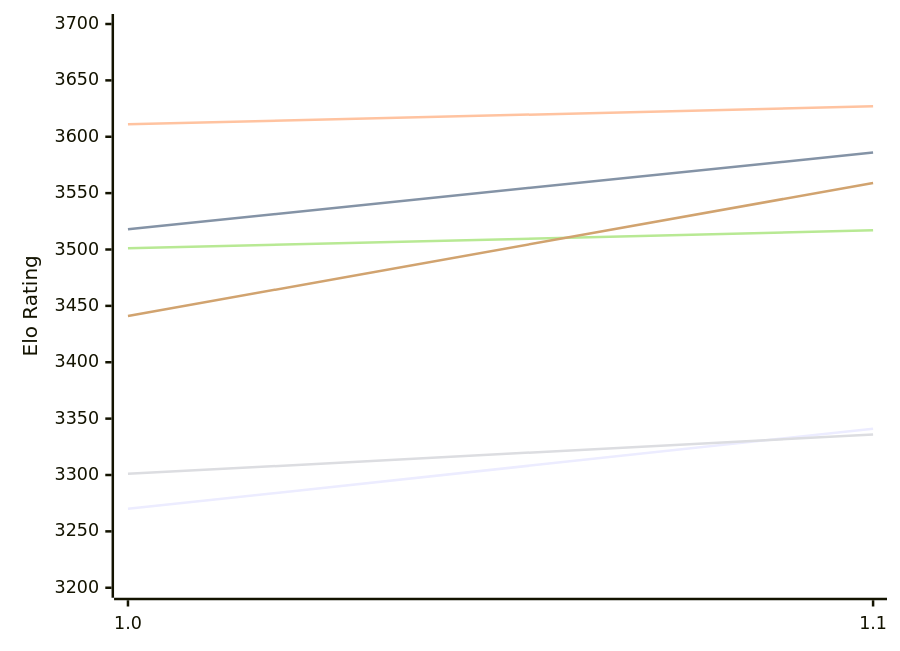
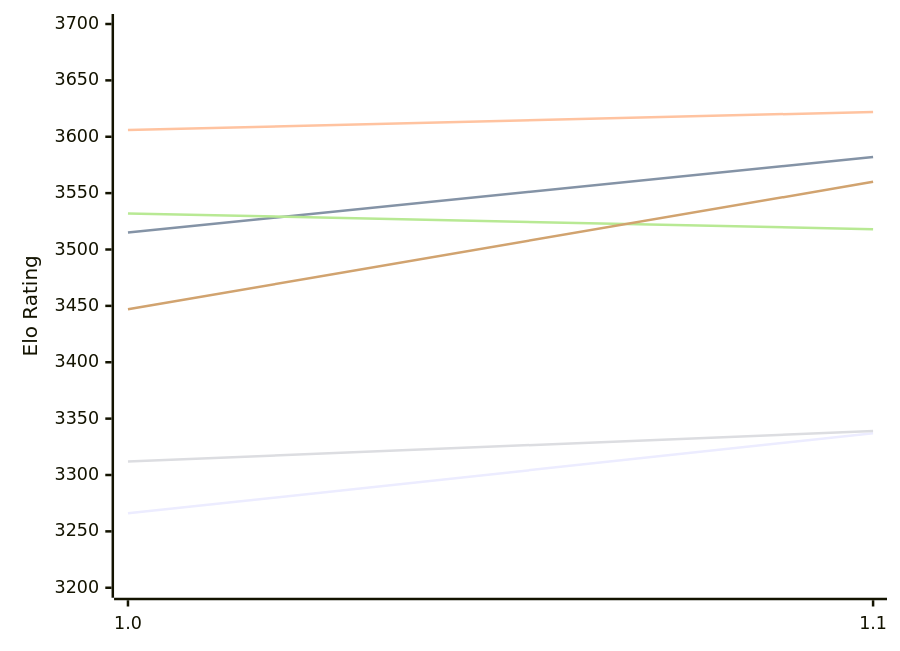
One commit to computer-chess-index/cci changed the first of 2 diagrams in engines/Horsie.md. Above: the diagram before and after it, drawn with Mermaid. The commit also changed other lines of this file, not shown here.

Commit message:
Update CCI Ratings (ELO VLTC) - 2026-11-21

````diff
--- a/engines/Horsie.md
+++ b/engines/Horsie.md
@@ -50,12 +50,12 @@
 ```mermaid
 %%{init: {"theme":"base","themeVariables":{"seriesColors:['#a3a3a3','#222221','#faa371']}}}%%
 xychart-beta
   x-axis ["1.0", "1.1"]
   y-axis "Elo Rating" 3200 --> 3700
-  line "E1: STC (8.0+0.08s)" [3270, 3341]
-  line "E1: LTC (60.0+0.60s)" [3518, 3586]
-  line "E1: VLTC (2m24s+1.12s)" [3611, 3627]
-  line "P1: STC (8.0+0.08s)" [3301, 3336]
-  line "P1: LTC (60.0+0.60s)" [3501, 3517]
-  line "P1: VLTC (2m24s+1.12s)" [3441, 3559]
+  line "E1: STC (8.0+0.08s)" [3266, 3337]
+  line "E1: LTC (60.0+0.60s)" [3515, 3582]
+  line "E1: VLTC (2m24s+1.12s)" [3606, 3622]
+  line "P1: STC (8.0+0.08s)" [3312, 3339]
+  line "P1: LTC (60.0+0.60s)" [3532, 3518]
+  line "P1: VLTC (2m24s+1.12s)" [3447, 3560]
 ```
````
